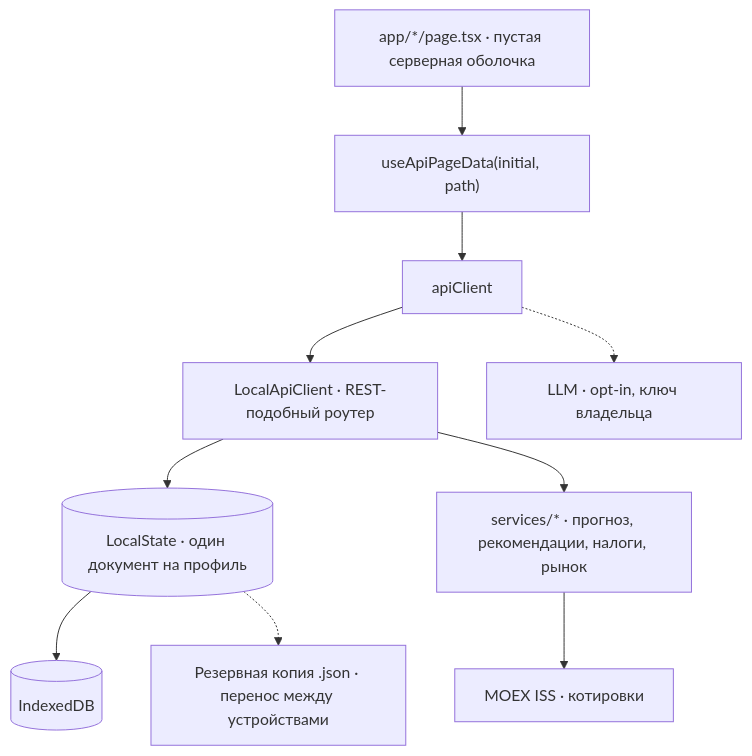
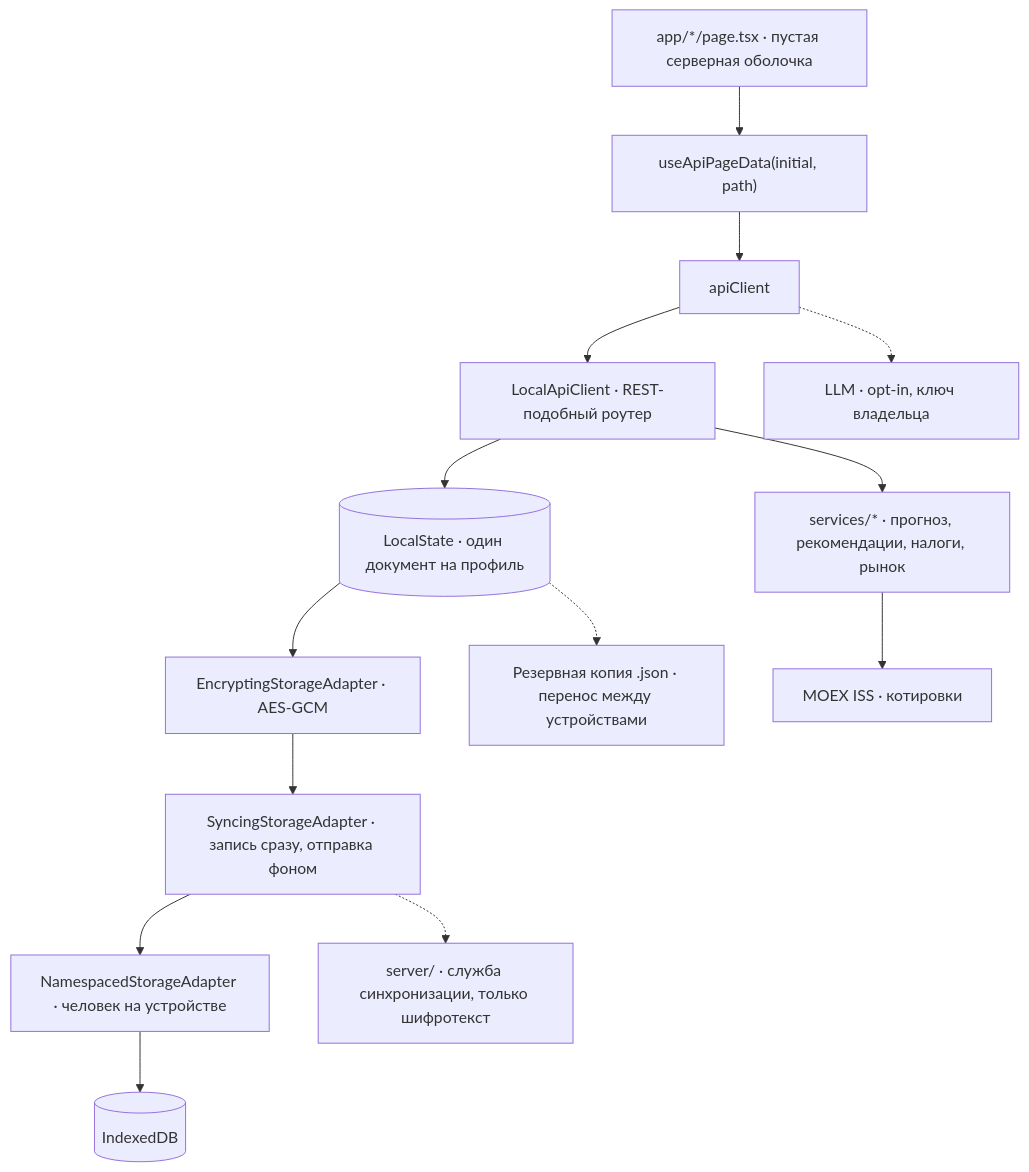
Before and after one commit to Lucky2356/financeapps: the diagram in README.md, drawn with Mermaid. The commit also changed other lines of this file and 66 other files, not shown here.

````diff
--- a/README.md
+++ b/README.md
@@ -75,12 +81,16 @@
 ```mermaid
 flowchart TD
     PAGE["app/*/page.tsx · пустая серверная оболочка"] --> HOOK["useApiPageData(initial, path)"]
     HOOK --> CLIENT["apiClient"]
     CLIENT --> LOCAL["LocalApiClient · REST-подобный роутер"]
     LOCAL --> STATE[("LocalState · один документ на профиль")]
-    STATE --> IDB[("IndexedDB")]
+    STATE --> ENC["EncryptingStorageAdapter · AES-GCM"]
+    ENC --> SYNC["SyncingStorageAdapter · запись сразу, отправка фоном"]
+    SYNC --> NS["NamespacedStorageAdapter · человек на устройстве"]
+    NS --> IDB[("IndexedDB")]
+    SYNC -.-> SERVER["server/ · служба синхронизации, только шифротекст"]
     LOCAL --> SERVICES["services/* · прогноз, рекомендации, налоги, рынок"]
     SERVICES --> MOEX["MOEX ISS · котировки"]
     STATE -.-> BACKUP["Резервная копия .json · перенос между устройствами"]
     CLIENT -.-> AI["LLM · opt-in, ключ владельца"]
 ```
````
